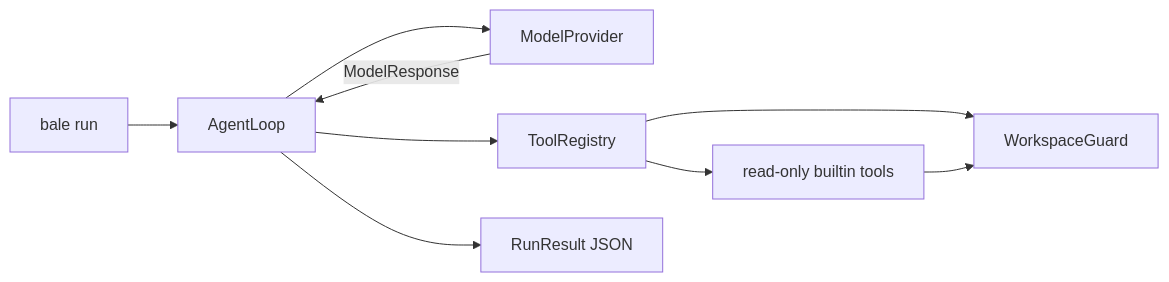
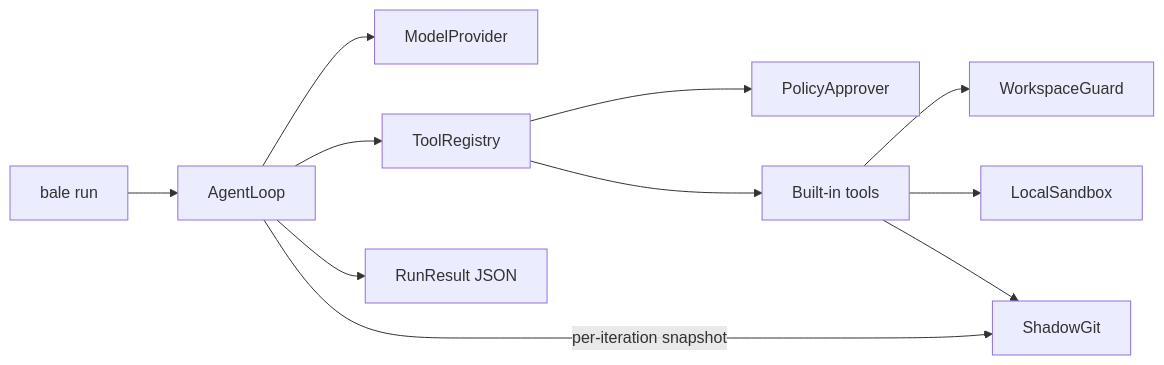
Before and after one commit to Soleil-gzm/Bale_Coding_Agent_Harness: the second of 5 diagrams in docs/architecture.md, drawn with Mermaid. The commit also changed other lines of this file and 2 other files, not shown here.

````diff
--- a/docs/architecture.md
+++ b/docs/architecture.md
@@ -66,11 +66,13 @@
 ```mermaid
 flowchart LR
     CLI[bale run] --> Loop[AgentLoop]
     Loop --> Provider[ModelProvider]
-    Provider -->|ModelResponse| Loop
     Loop --> Registry[ToolRegistry]
-    Registry --> Guard[WorkspaceGuard]
-    Registry --> Builtin[read-only builtin tools]
-    Builtin --> Guard
+    Registry --> Approval[PolicyApprover]
+    Registry --> Tools[Built-in tools]
+    Tools --> Guard[WorkspaceGuard]
+    Tools --> Sandbox[LocalSandbox]
+    Tools --> Shadow[ShadowGit]
+    Loop -->|per-iteration snapshot| Shadow
     Loop --> Result[RunResult JSON]
 ```
````
